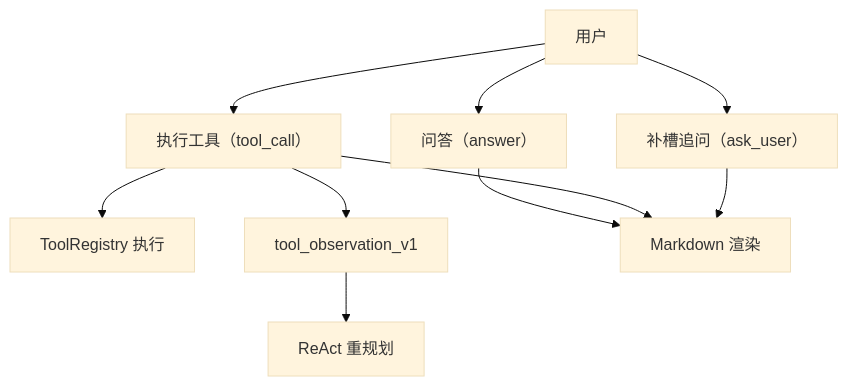
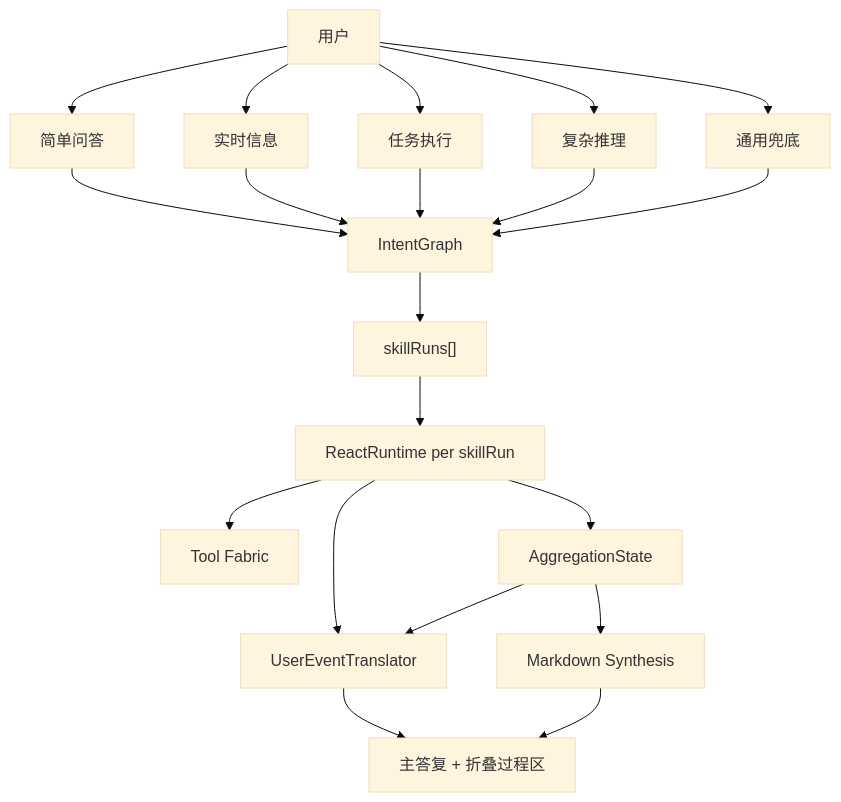
One commit to openstudio2022/quwoquan changed the second of 3 diagrams in specs/feature-tree/assistant-run-learning/world-class-trinity-experience-baseline/design.md. Above: the diagram before and after it, drawn with Mermaid (base theme). The commit also changed other lines of this file and 234 other files, not shown here.

````diff
--- a/specs/feature-tree/assistant-run-learning/world-class-trinity-experience-baseline/design.md
+++ b/specs/feature-tree/assistant-run-learning/world-class-trinity-experience-baseline/design.md
@@ -120,12 +616,22 @@
 ```mermaid
 flowchart TB
-  User["用户"] --> UC1["问答（answer）"]
-  User --> UC2["执行工具（tool_call）"]
-  User --> UC3["补槽追问（ask_user）"]
-  UC2 --> Tool["ToolRegistry 执行"]
-  UC2 --> Observe["tool_observation_v1"]
-  UC1 --> Render["Markdown 渲染"]
-  UC2 --> Render
-  UC3 --> Render
-  Observe --> Replan["ReAct 重规划"]
+  User["用户"] --> U1["简单问答"]
+  User --> U2["实时信息"]
+  User --> U3["任务执行"]
+  User --> U4["复杂推理"]
+  User --> U5["通用兜底"]
+  U1 --> Intent["IntentGraph"]
+  U2 --> Intent
+  U3 --> Intent
+  U4 --> Intent
+  U5 --> Intent
+  Intent --> Runs["skillRuns[]"]
+  Runs --> Runtime["ReactRuntime per skillRun"]
+  Runtime --> ToolFabric["Tool Fabric"]
+  Runtime --> Agg["AggregationState"]
+  Agg --> Synth["Markdown Synthesis"]
+  Runtime --> Events["UserEventTranslator"]
+  Agg --> Events
+  Events --> UI["主答复 + 折叠过程区"]
+  Synth --> UI
 ```
````
